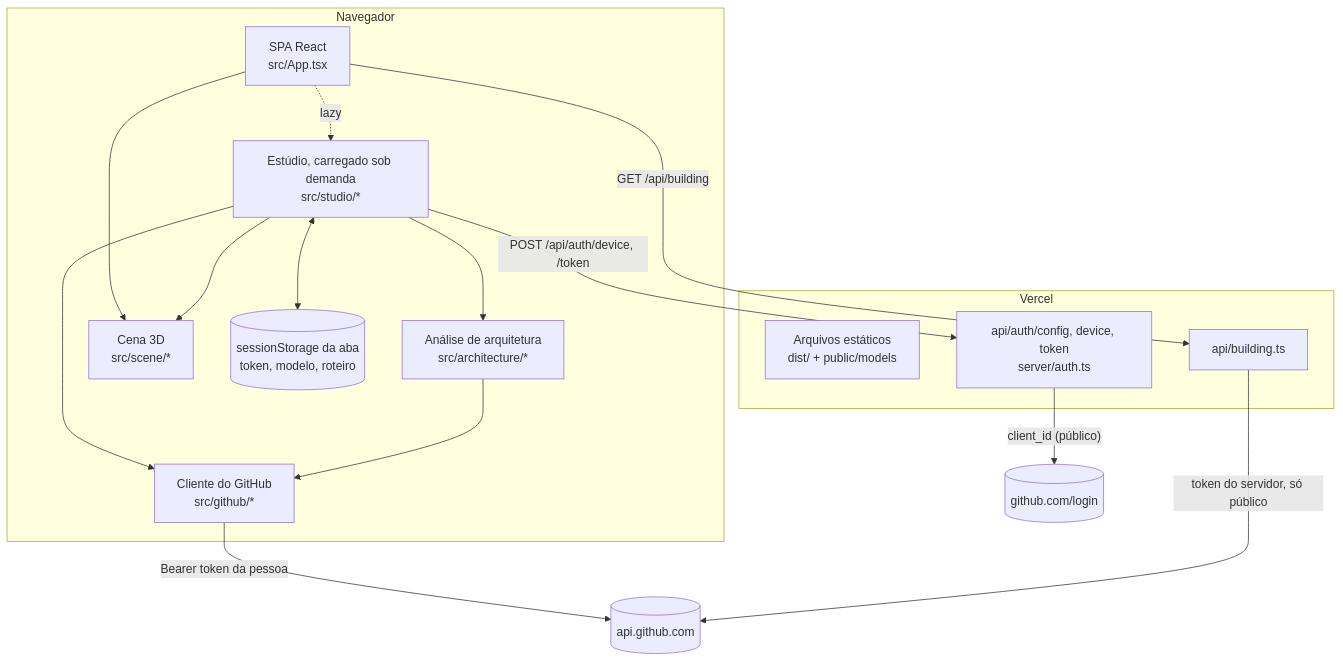
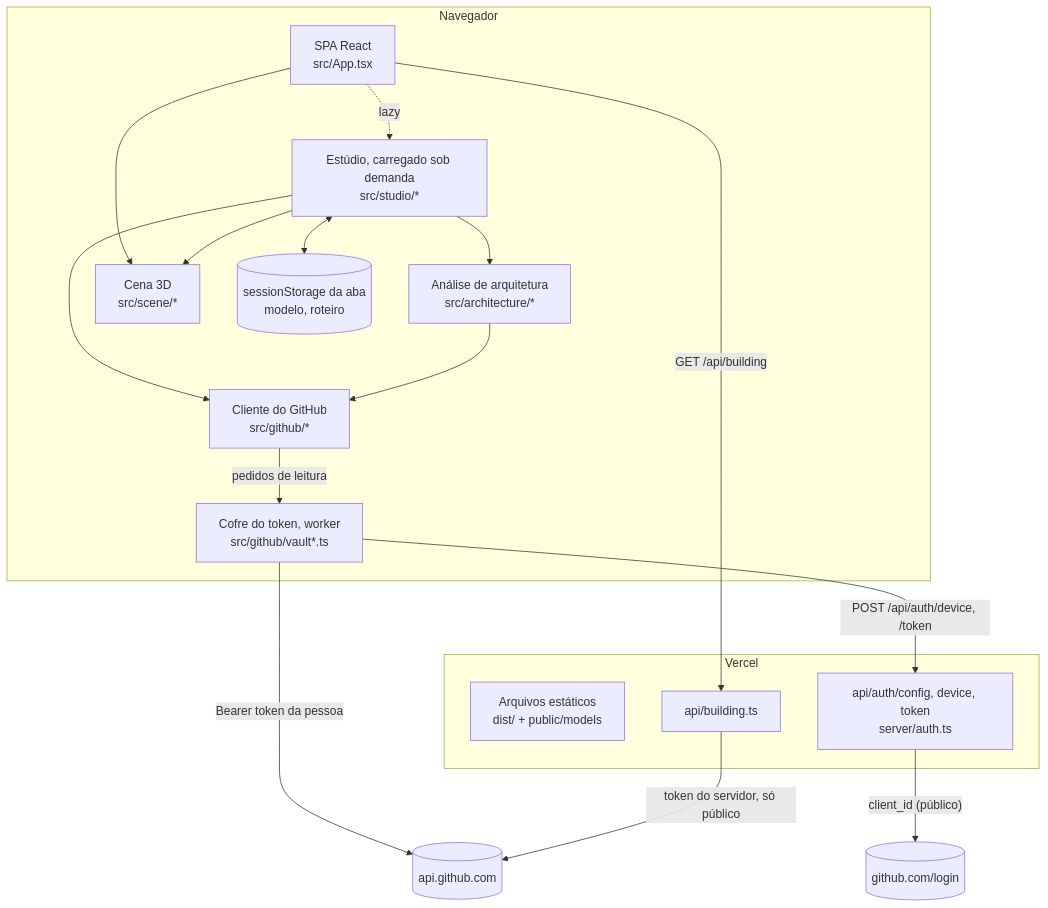
Before and after one commit to Yourdevdaniel/repartments: the second of 5 diagrams in docs/arquitetura.md, drawn with Mermaid. The commit also changed other lines of this file and 6 other files, not shown here.

First line of the commit message:
docs: the token vault, the office floor plan and the scene details

````diff
--- a/docs/arquitetura.md
+++ b/docs/arquitetura.md
@@ -61,29 +61,31 @@
 ```mermaid
 flowchart TB
   subgraph browser[Navegador]
     spa[SPA React<br/>src/App.tsx]
     studio[Estúdio, carregado sob demanda<br/>src/studio/*]
     engine[Análise de arquitetura<br/>src/architecture/*]
     ghclient[Cliente do GitHub<br/>src/github/*]
     scene[Cena 3D<br/>src/scene/*]
-    tab[(sessionStorage da aba<br/>token, modelo, roteiro)]
+    vault[Cofre do token, worker<br/>src/github/vault*.ts]
+    tab[(sessionStorage da aba<br/>modelo, roteiro)]
   end
   subgraph vercel[Vercel]
     static[Arquivos estáticos<br/>dist/ + public/models]
     fn_building[api/building.ts]
     fn_auth[api/auth/config, device, token<br/>server/auth.ts]
   end
   gh[(api.github.com)]
   ghlogin[(github.com/login)]
 
   spa --> scene
   spa -. "lazy" .-> studio
   studio --> engine & ghclient & scene
   studio <--> tab
-  ghclient -- "Bearer token da pessoa" --> gh
+  ghclient -- "pedidos de leitura" --> vault
+  vault -- "Bearer token da pessoa" --> gh
   engine --> ghclient
   spa -- "GET /api/building" --> fn_building
   fn_building -- "token do servidor, só público" --> gh
-  studio -- "POST /api/auth/device, /token" --> fn_auth
+  vault -- "POST /api/auth/device, /token" --> fn_auth
   fn_auth -- "client_id (público)" --> ghlogin
 ```
````
